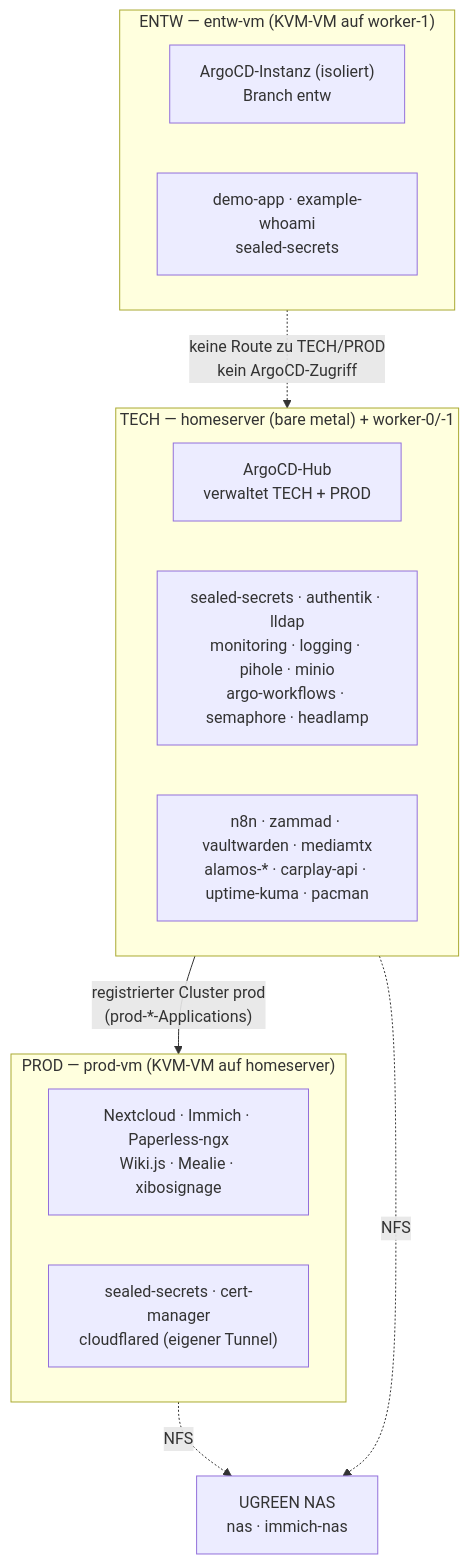
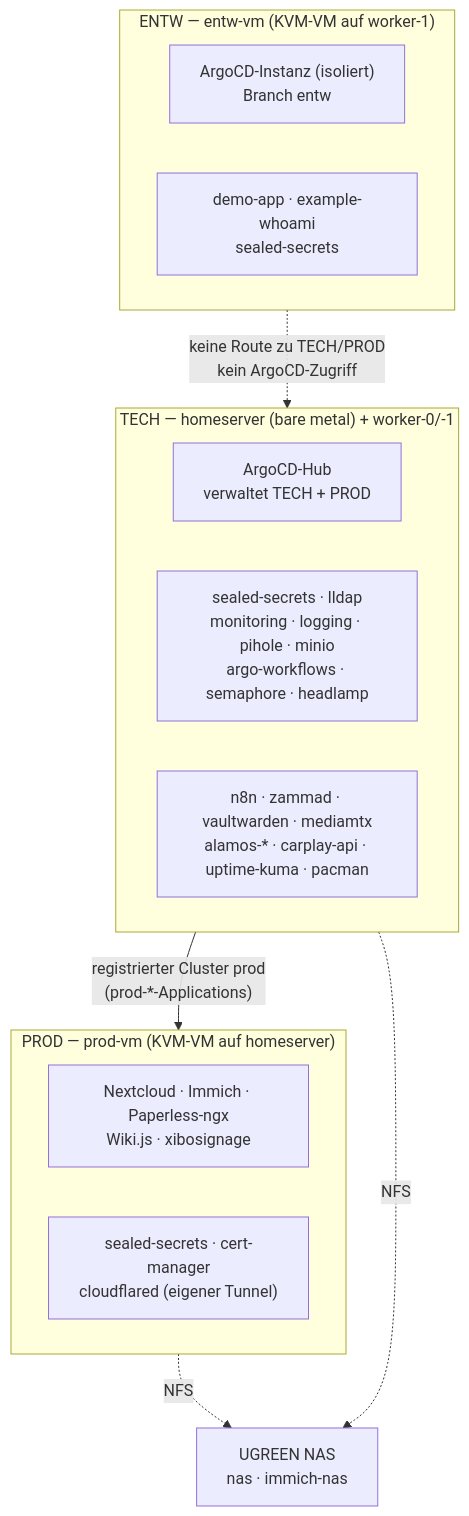
Before and after one commit to pkr-lab/capulus-core: the first of 6 diagrams in docs/a-betriebssystem/a0010-overview.md, drawn with Mermaid. The commit also changed other lines of this file and 128 other files, not shown here.

````diff
--- a/docs/a-betriebssystem/a0010-overview.md
+++ b/docs/a-betriebssystem/a0010-overview.md
@@ -46,26 +45,26 @@
 ```mermaid
 flowchart TB
     subgraph TECH["TECH — homeserver (bare metal) + worker-0/-1"]
         direction LR
         T1["ArgoCD-Hub<br/>verwaltet TECH + PROD"]
-        T2["sealed-secrets · authentik · lldap<br/>monitoring · logging · pihole · minio<br/>argo-workflows · semaphore · headlamp"]
+        T2["sealed-secrets · lldap<br/>monitoring · logging · pihole · minio<br/>argo-workflows · semaphore · headlamp"]
         T3["n8n · zammad · vaultwarden · mediamtx<br/>alamos-* · carplay-api · uptime-kuma · pacman"]
     end
 
     subgraph PROD["PROD — prod-vm (KVM-VM auf homeserver)"]
         direction LR
-        P1["Nextcloud · Immich · Paperless-ngx<br/>Wiki.js · Mealie · xibosignage"]
+        P1["Nextcloud · Immich · Paperless-ngx<br/>Wiki.js · xibosignage"]
         P2["sealed-secrets · cert-manager<br/>cloudflared (eigener Tunnel)"]
     end
 
     subgraph ENTW["ENTW — entw-vm (KVM-VM auf worker-1)"]
         direction LR
         E1["ArgoCD-Instanz (isoliert)<br/>Branch entw"]
         E2["demo-app · example-whoami<br/>sealed-secrets"]
     end
 
     T1 -->|"registrierter Cluster prod<br/>(prod-*-Applications)"| PROD
     PROD -.->|"NFS"| NAS["UGREEN NAS<br/>nas · immich-nas"]
     TECH -.->|"NFS"| NAS
     ENTW -.->|"keine Route zu TECH/PROD<br/>kein ArgoCD-Zugriff"| TECH
 ```
````
